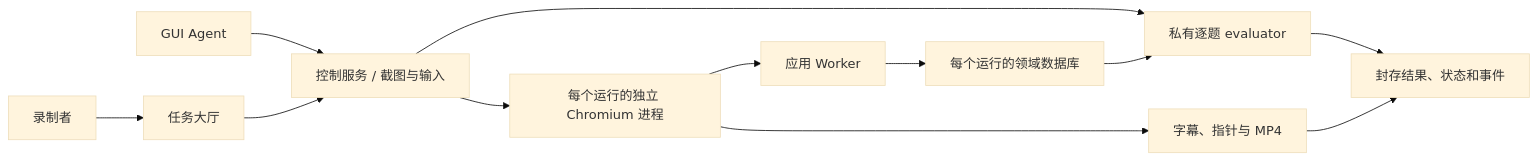
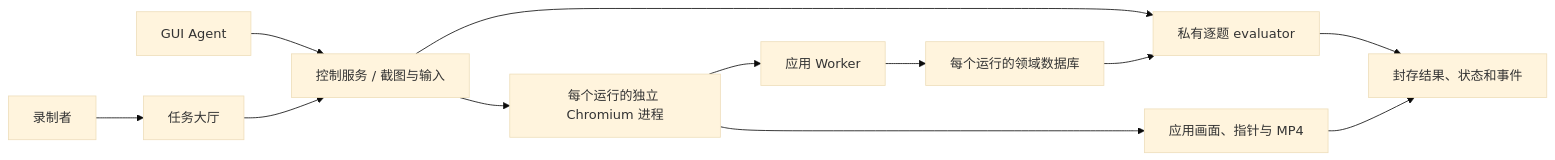
Before and after one commit to Aoraku/VideoICLBench: the diagram in docs/implementation-scope.md, drawn with Mermaid (base theme). The commit also changed other lines of this file and 6 other files, not shown here.

````diff
--- a/docs/implementation-scope.md
+++ b/docs/implementation-scope.md
@@ -5,14 +5,14 @@
 ```mermaid
 flowchart LR
     H[录制者] --> P[任务大厅]
     A[GUI Agent] --> C[控制服务 / 截图与输入]
     P --> C
     C --> B[每个运行的独立 Chromium 进程]
     B --> W[应用 Worker]
     W --> D[每个运行的领域数据库]
     C --> E[私有逐题 evaluator]
     D --> E
-    B --> V[字幕、指针与 MP4]
+    B --> V[应用画面、指针与 MP4]
     E --> S[封存结果、状态和事件]
     V --> S
 ```
````
